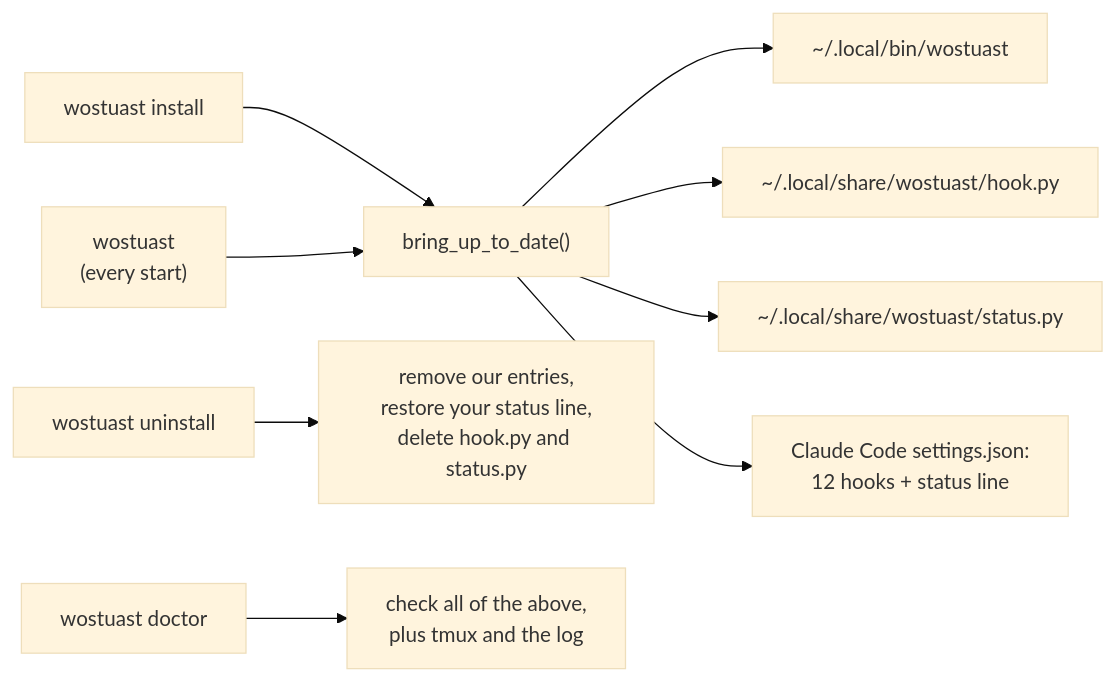
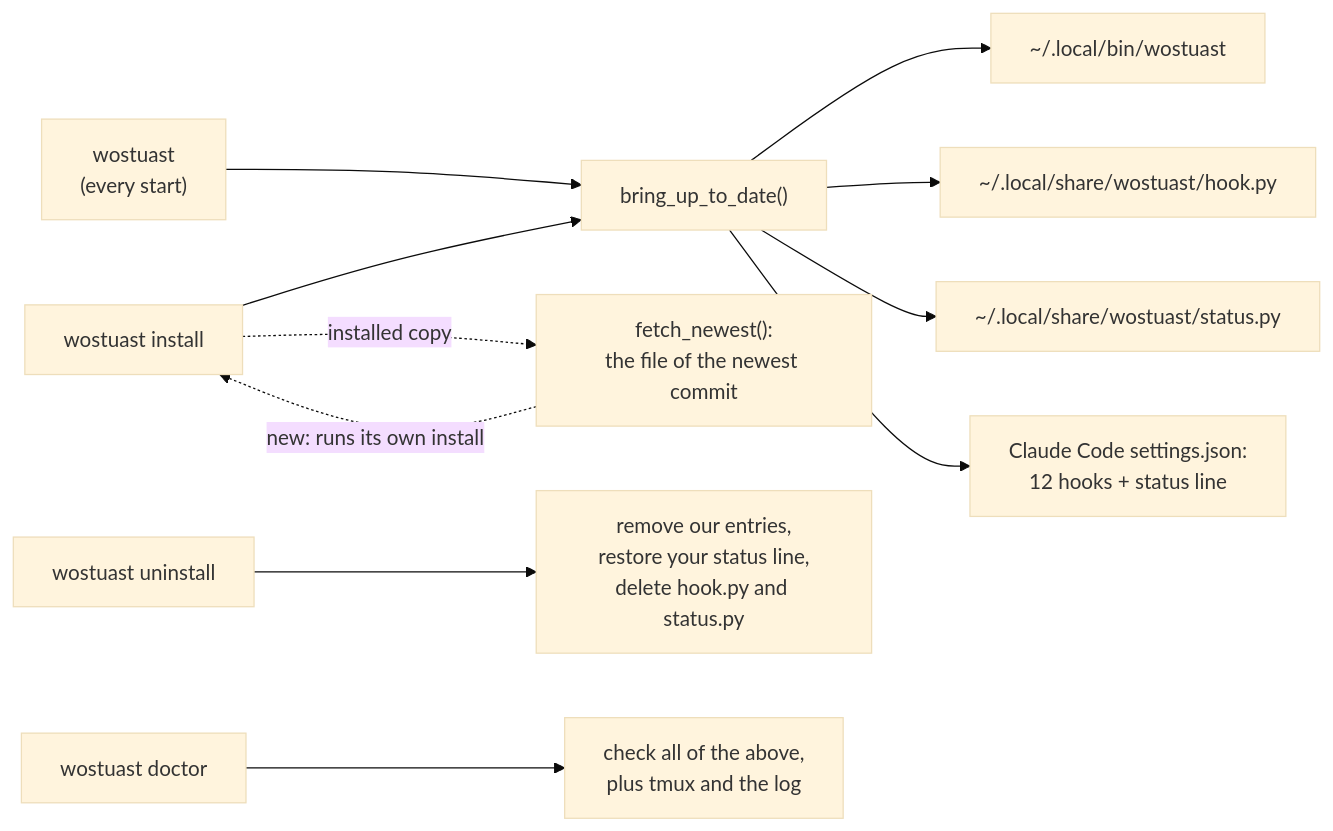
Diagram 12 of 13 in ARCHITECTURE.md (martinus/wostuast), drawn with Mermaid (base theme) before and after one commit. The commit also changed other lines of this file and 6 other files, not shown here.

First line of the commit message:
Print the day and the hash as the version, and fetch the newest on install

````diff
--- a/ARCHITECTURE.md
+++ b/ARCHITECTURE.md
@@ -983,11 +983,13 @@
 ```mermaid
 flowchart LR
     I["wostuast install"] --> BU["bring_up_to_date()"]
+    I -. "installed copy" .-> FN["fetch_newest():<br/>the file of the newest commit"]
+    FN -. "new: runs its own install" .-> I
     S["wostuast<br/>(every start)"] --> BU
     BU --> W1["~/.local/bin/wostuast"]
     BU --> W2["~/.local/share/wostuast/hook.py"]
     BU --> W3["~/.local/share/wostuast/status.py"]
     BU --> W4["Claude Code settings.json:<br/>12 hooks + status line"]
     U["wostuast uninstall"] --> R["remove our entries,<br/>restore your status line,<br/>delete hook.py and status.py"]
     DR["wostuast doctor"] --> CHK["check all of the above,<br/>plus tmux and the log"]
 ```
````
